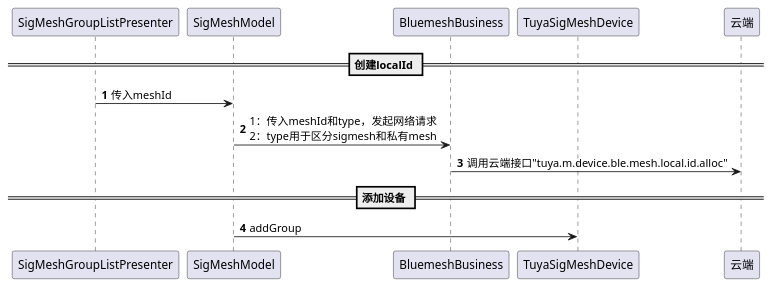
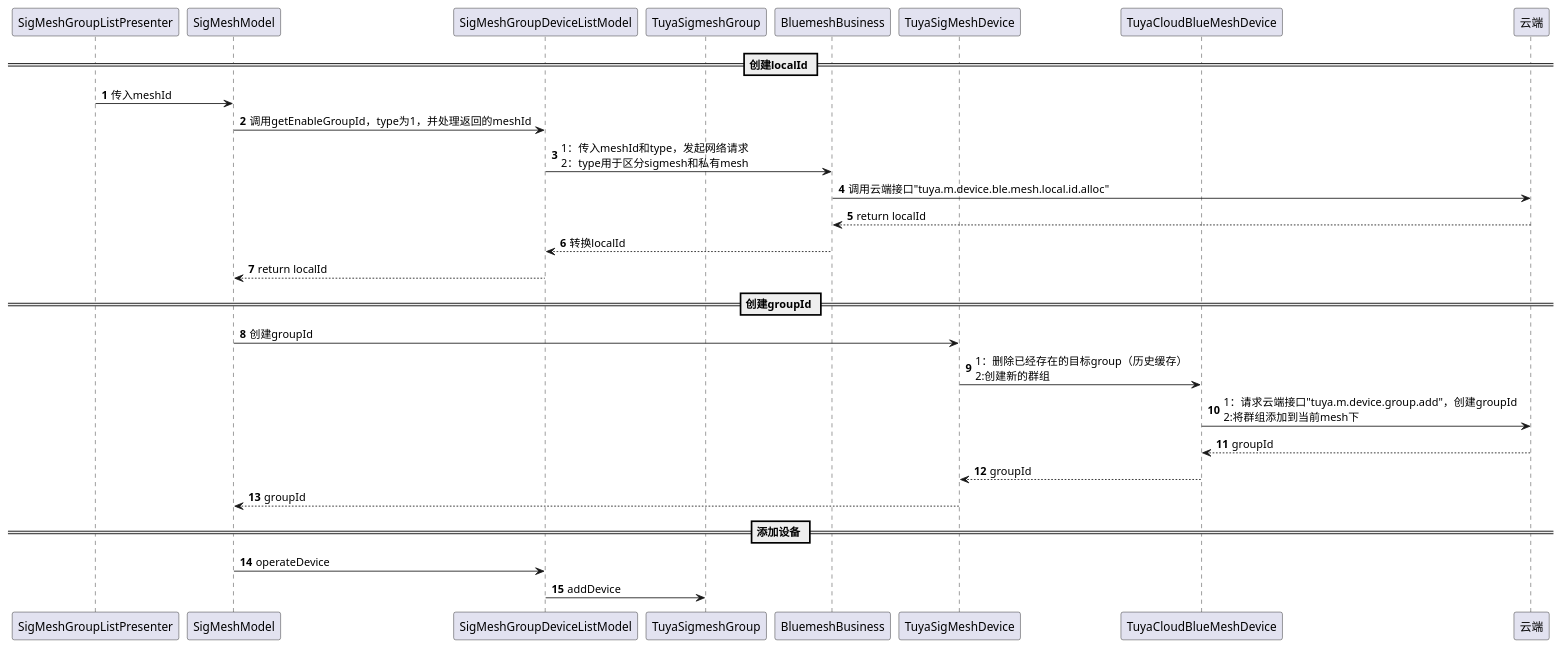
One commit to yufns/uml changed the diagram in uml/tuya/professional/group/群组的创建/普通sigmesh群组.puml. Above: the diagram before and after it, drawn with PlantUML. The commit also changed 5 other files, not shown here.

```diff
--- a/uml/tuya/professional/group/群组的创建/普通sigmesh群组.puml
+++ b/uml/tuya/professional/group/群组的创建/普通sigmesh群组.puml
@@ -1,16 +1,37 @@
 @startuml
 'https://plantuml.com/sequence-diagram
 
 autonumber
+
+participant SigMeshGroupListPresenter order 10
+participant SigMeshModel order 20
+participant SigMeshGroupDeviceListModel order 30
+participant BluemeshBusiness order 40
+participant TuyaSigMeshDevice order 50
+participant TuyaCloudBlueMeshDevice order 60
+participant TuyaSigmeshGroup order 31
+participant 云端 order 10000
+
 == 创建localId ==
-participant SigMeshGroupListPresenter order 1
-participant SigMeshModel order 2
-participant BluemeshBusiness order 3
-participant TuyaSigMeshDevice order 4
-participant 云端 order 10000
 SigMeshGroupListPresenter -> SigMeshModel : 传入meshId
-SigMeshModel -> BluemeshBusiness : 1：传入meshId和type，发起网络请求\n2：type用于区分sigmesh和私有mesh
+SigMeshModel -> SigMeshGroupDeviceListModel : 调用getEnableGroupId，type为1，并处理返回的meshId
+SigMeshGroupDeviceListModel -> BluemeshBusiness : 1：传入meshId和type，发起网络请求\n2：type用于区分sigmesh和私有mesh
 BluemeshBusiness -> 云端 : 调用云端接口"tuya.m.device.ble.mesh.local.id.alloc"
+BluemeshBusiness <-- 云端 : return localId
+SigMeshGroupDeviceListModel <-- BluemeshBusiness : 转换localId
+SigMeshModel <-- SigMeshGroupDeviceListModel : return localId
+
+== 创建groupId ==
+SigMeshModel -> TuyaSigMeshDevice : 创建groupId
+TuyaSigMeshDevice -> TuyaCloudBlueMeshDevice : 1：删除已经存在的目标group（历史缓存）\n2:创建新的群组
+TuyaCloudBlueMeshDevice -> 云端 : 1：请求云端接口"tuya.m.device.group.add"，创建groupId\n2:将群组添加到当前mesh下
+TuyaCloudBlueMeshDevice <-- 云端 : groupId
+TuyaSigMeshDevice <-- TuyaCloudBlueMeshDevice : groupId
+SigMeshModel <-- TuyaSigMeshDevice : groupId
+
+
 == 添加设备 ==
-SigMeshModel -> TuyaSigMeshDevice : addGroup
+SigMeshModel -> SigMeshGroupDeviceListModel : operateDevice
+SigMeshGroupDeviceListModel -> TuyaSigmeshGroup : addDevice
+
 @enduml
```
